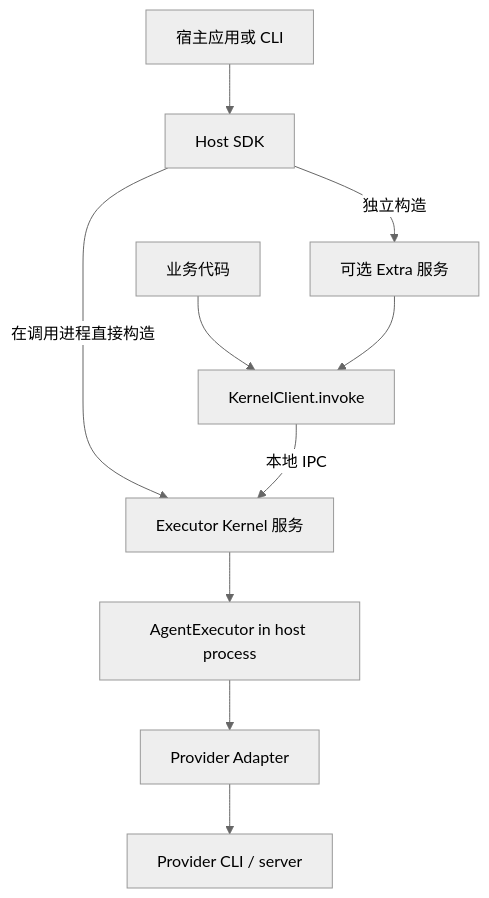
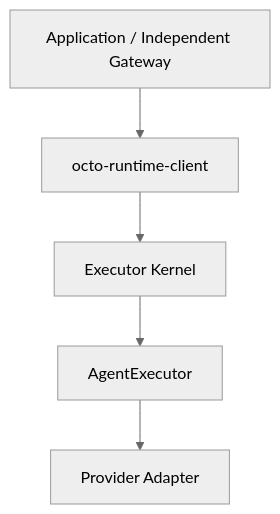
One commit to Liuxy20/octo-runtime changed the diagram in docs/zh-CN/concepts/architecture.md. Above: the diagram before and after it, drawn with Mermaid (neutral theme). The commit also changed other lines of this file and 691 other files, not shown here.

````diff
--- a/docs/zh-CN/concepts/architecture.md
+++ b/docs/zh-CN/concepts/architecture.md
@@ -13,12 +7,7 @@
 ```mermaid
 flowchart TB
-  Host[宿主应用或 CLI] --> SDK[Host SDK]
-  SDK -->|在调用进程直接构造| Kernel[Executor Kernel 服务]
-  SDK -->|独立构造| Extra[可选 Extra 服务]
-  Business[业务代码] --> Client[KernelClient.invoke]
-  Extra --> Client
-  Client -->|本地 IPC| Kernel
-  Kernel --> Core[AgentExecutor in host process]
+  App[Application / Independent Gateway] --> Client[octo-runtime-client]
+  Client --> Kernel[Executor Kernel]
+  Kernel --> Core[AgentExecutor]
   Core --> Adapter[Provider Adapter]
-  Adapter --> Provider[Provider CLI / server]
 ```
````
